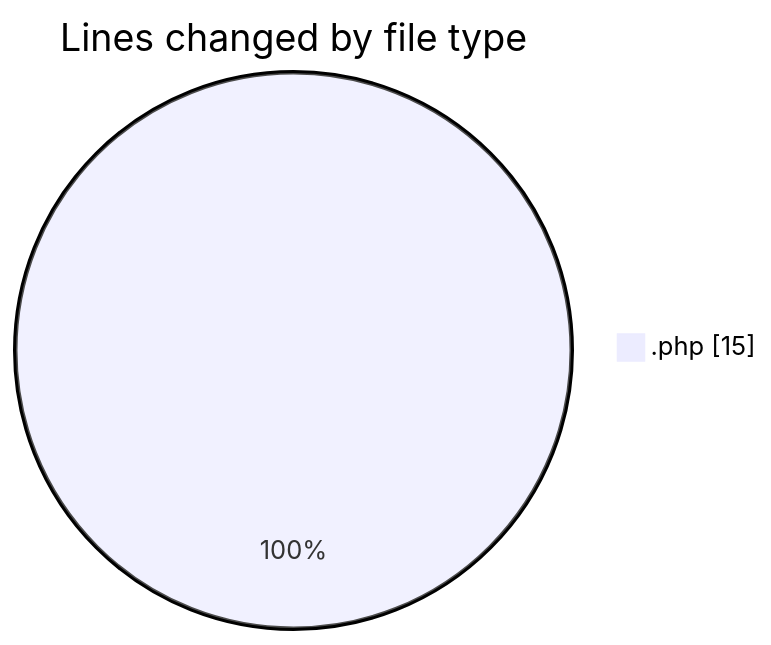
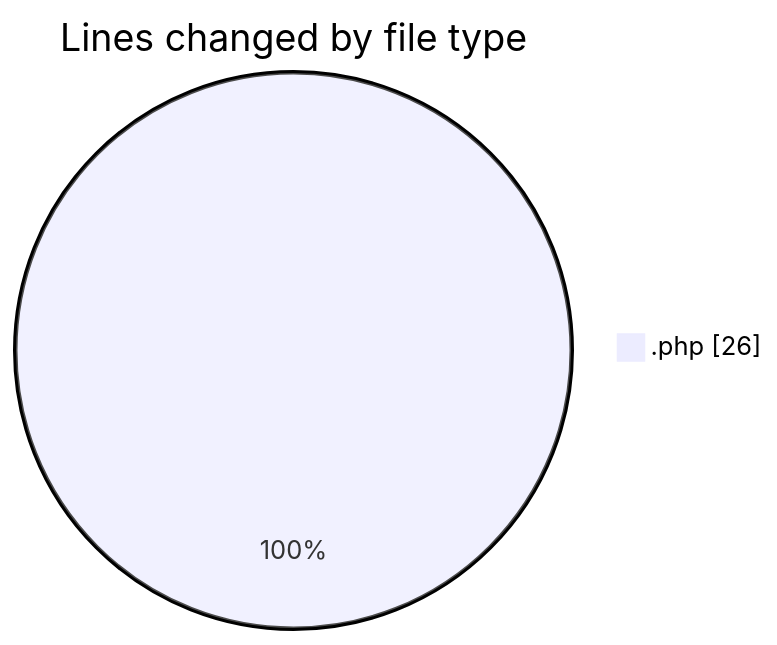
Before and after one commit to LanceThiago/code-tracking: the first of 2 diagrams in 2025-05-14/web/README.md, drawn with Mermaid. The commit also changed other lines of this file and 1 other file, not shown here.

````diff
--- a/2025-05-14/web/README.md
+++ b/2025-05-14/web/README.md
@@ -20,5 +20,5 @@
 ```mermaid
 pie showData
 title Lines changed by file type
-".php" : 15
+".php" : 26
 ```
````
